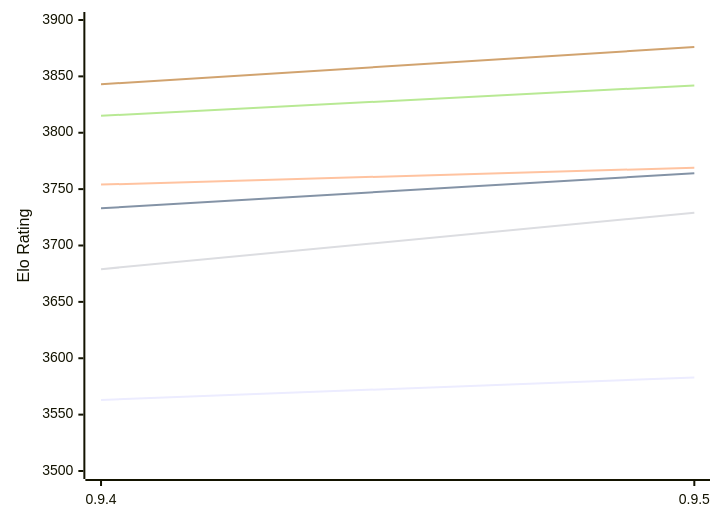
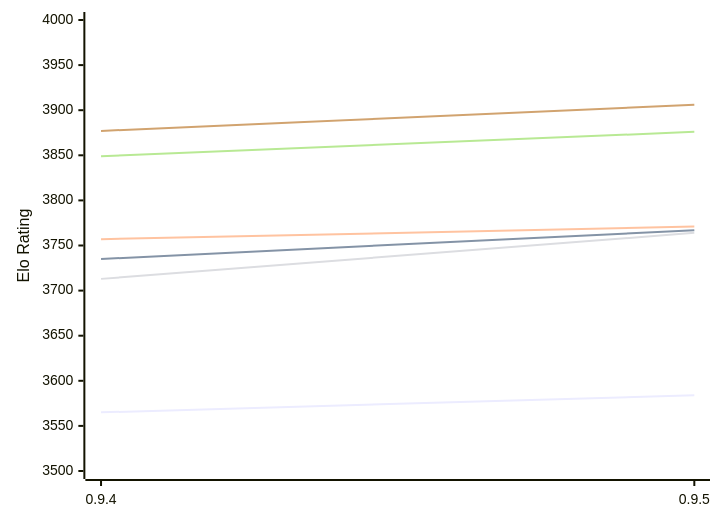
Before and after one commit to computer-chess-index/cci: the first of 2 diagrams in engines/Coda.md, drawn with Mermaid. The commit also changed other lines of this file, not shown here.

Commit message:
Update CCI Ratings (ELO VLTC) - 2026-11-05

````diff
--- a/engines/Coda.md
+++ b/engines/Coda.md
@@ -52,12 +52,12 @@
 ```mermaid
 %%{init: {"theme":"base","themeVariables":{"seriesColors:['#a3a3a3','#222221','#faa371']}}}%%
 xychart-beta
   x-axis ["0.9.4", "0.9.5"]
-  y-axis "Elo Rating" 3500 --> 3900
-  line "E1: STC (8.0+0.08s)" [3563, 3583]
-  line "E1: LTC (60.0+0.60s)" [3733, 3764]
-  line "E1: VLTC (2m24s+1.12s)" [3754, 3769]
-  line "P1: STC (8.0+0.08s)" [3679, 3729]
-  line "P1: LTC (60.0+0.60s)" [3815, 3842]
-  line "P1: VLTC (2m24s+1.12s)" [3843, 3876]
+  y-axis "Elo Rating" 3500 --> 4000
+  line "E1: STC (8.0+0.08s)" [3565, 3584]
+  line "E1: LTC (60.0+0.60s)" [3735, 3767]
+  line "E1: VLTC (2m24s+1.12s)" [3757, 3771]
+  line "P1: STC (8.0+0.08s)" [3713, 3764]
+  line "P1: LTC (60.0+0.60s)" [3849, 3876]
+  line "P1: VLTC (2m24s+1.12s)" [3877, 3906]
 ```
````
